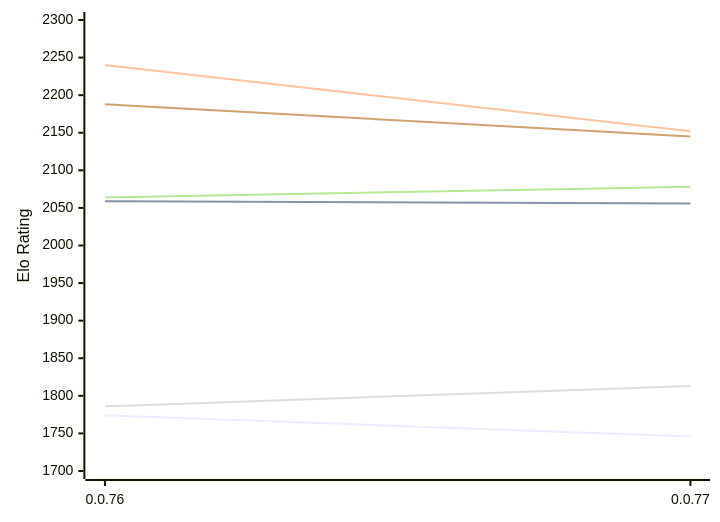
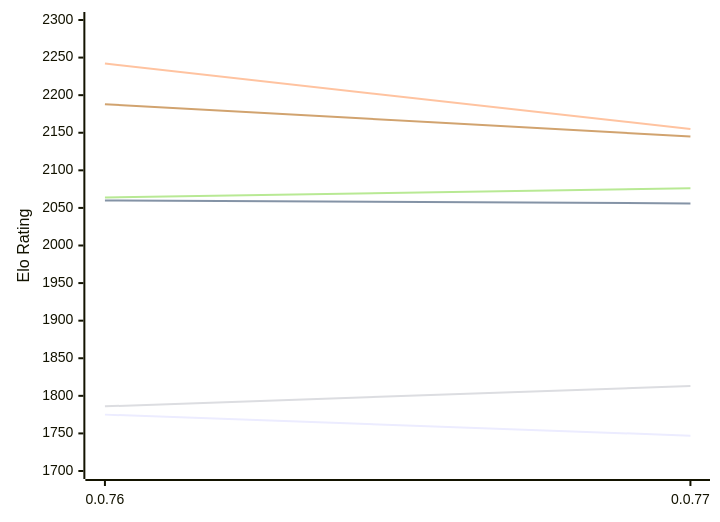
One commit to computer-chess-index/cci changed the first of 2 diagrams in engines/Fktb.md. Above: the diagram before and after it, drawn with Mermaid. The commit also changed other lines of this file, not shown here.

Commit message:
Update CCI Ratings (ELO VLTC) - 2026-11-22

````diff
--- a/engines/Fktb.md
+++ b/engines/Fktb.md
@@ -50,12 +50,12 @@
 ```mermaid
 %%{init: {"theme":"base","themeVariables":{"seriesColors:['#a3a3a3','#222221','#faa371']}}}%%
 xychart-beta
   x-axis ["0.0.76", "0.0.77"]
   y-axis "Elo Rating" 1700 --> 2300
-  line "E1: STC (8.0+0.08s)" [1774, 1746]
-  line "E1: LTC (60.0+0.60s)" [2059, 2056]
-  line "E1: VLTC (2m24s+1.12s)" [2240, 2152]
+  line "E1: STC (8.0+0.08s)" [1775, 1747]
+  line "E1: LTC (60.0+0.60s)" [2060, 2056]
+  line "E1: VLTC (2m24s+1.12s)" [2242, 2155]
   line "P1: STC (8.0+0.08s)" [1786, 1813]
-  line "P1: LTC (60.0+0.60s)" [2064, 2078]
+  line "P1: LTC (60.0+0.60s)" [2064, 2076]
   line "P1: VLTC (2m24s+1.12s)" [2188, 2145]
 ```
````
